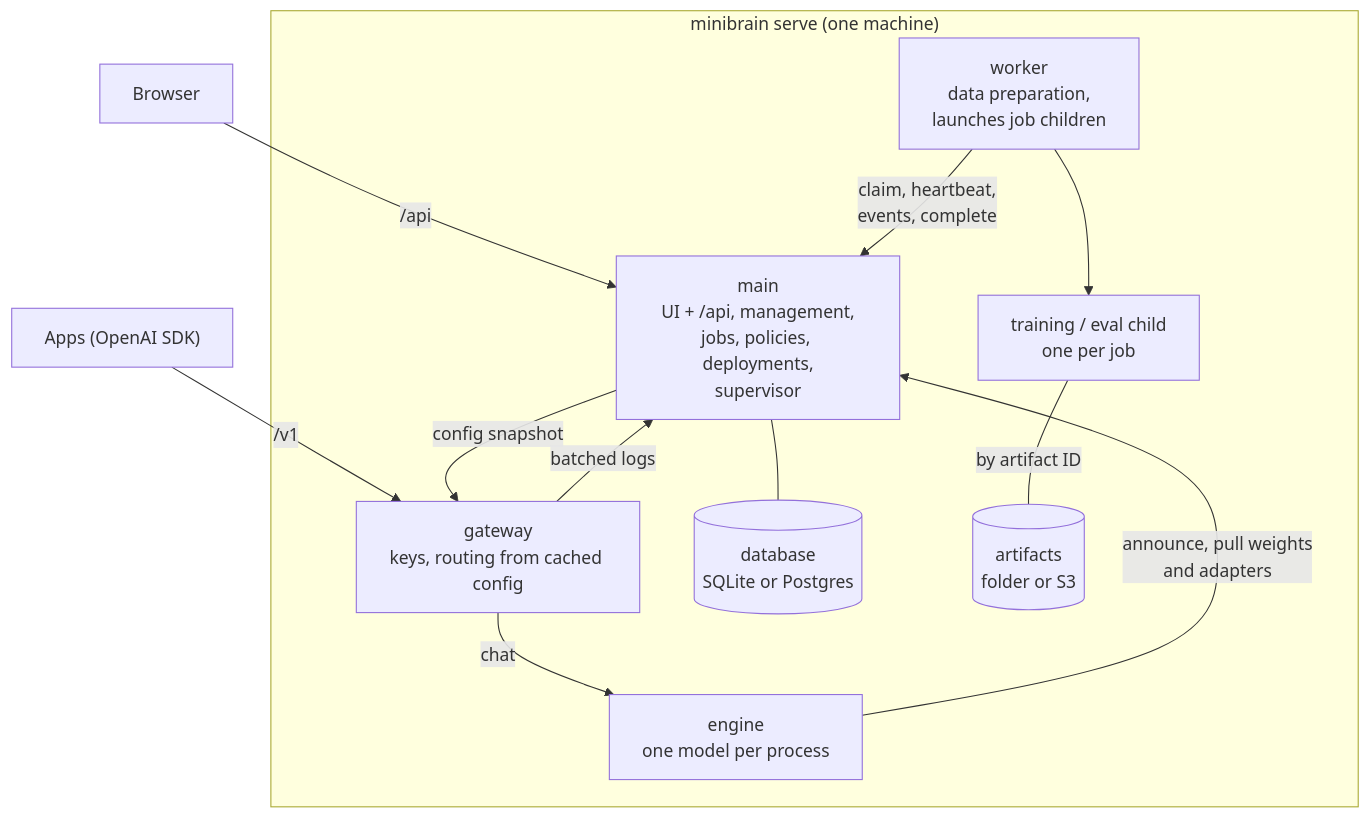
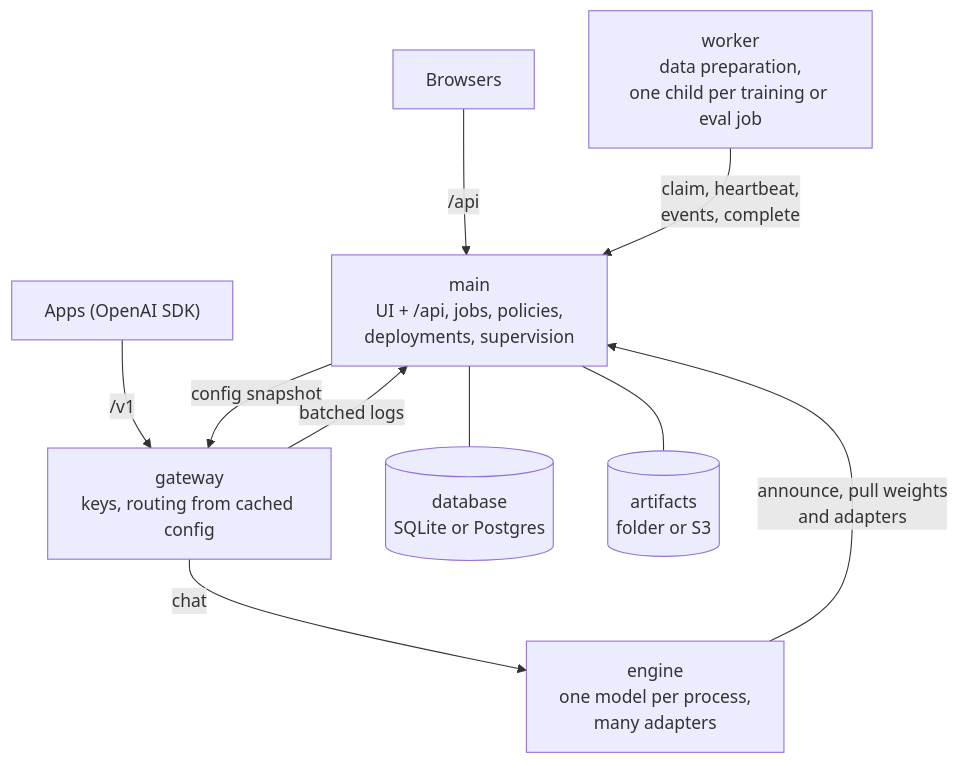
One commit to offbeatport/minibrain changed the first of 7 diagrams in docs/architecture.md. Above: the diagram before and after it, drawn with Mermaid. The commit also changed other lines of this file, not shown here.

Commit message:
docs(architecture): roles first, then one machine, local main with remote GPUs, and production

````diff
--- a/docs/architecture.md
+++ b/docs/architecture.md
@@ -24,24 +18,20 @@
 ```mermaid
 flowchart TB
-    browser["Browser"] -- "/api" --> main
+    browser["Browsers"] -- "/api" --> main
     apps["Apps (OpenAI SDK)"] -- "/v1" --> gateway
 
-    subgraph tree["minibrain serve (one machine)"]
-        main["main<br/>UI + /api, management,<br/>jobs, policies, deployments,<br/>supervisor"]
-        gateway["gateway<br/>keys, routing from cached config"]
-        worker["worker<br/>data preparation,<br/>launches job children"]
-        train["training / eval child<br/>one per job"]
-        engine["engine<br/>one model per process"]
-        db[("database<br/>SQLite or Postgres")]
-        store[("artifacts<br/>folder or S3")]
+    main["main<br/>UI + /api, jobs, policies,<br/>deployments, supervision"]
+    gateway["gateway<br/>keys, routing from cached config"]
+    worker["worker<br/>data preparation,<br/>one child per training or eval job"]
+    engine["engine<br/>one model per process,<br/>many adapters"]
+    db[("database<br/>SQLite or Postgres")]
+    store[("artifacts<br/>folder or S3")]
 
-        main --- db
-        main -- "config snapshot" --> gateway
-        gateway -- "batched logs" --> main
-        worker -- "claim, heartbeat,<br/>events, complete" --> main
-        worker --> train
-        gateway -- "chat" --> engine
-        engine -- "announce, pull weights<br/>and adapters" --> main
-        train -- "by artifact ID" --- store
-    end
+    main --- db
+    main --- store
+    main -- "config snapshot" --> gateway
+    gateway -- "batched logs" --> main
+    worker -- "claim, heartbeat,<br/>events, complete" --> main
+    engine -- "announce, pull weights<br/>and adapters" --> main
+    gateway -- "chat" --> engine
 ```
````
